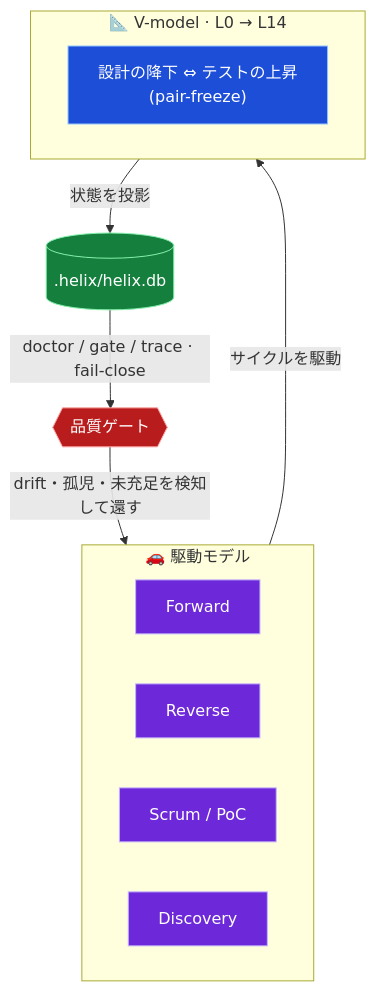
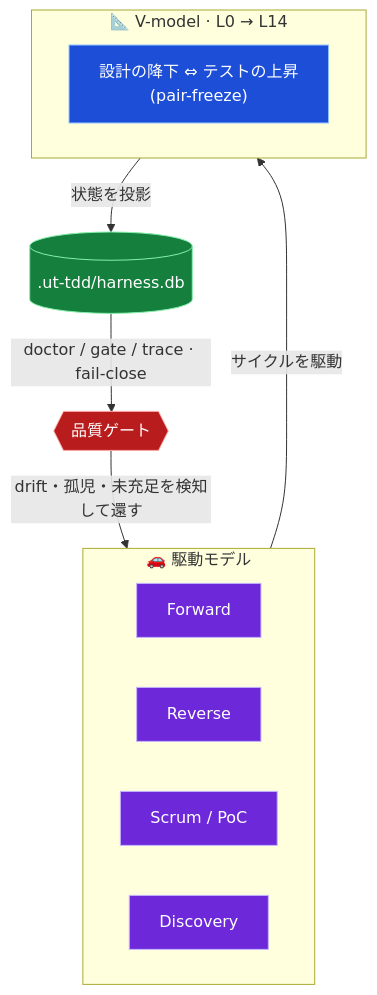
One commit to RetryYN/HELIX-HARNESS changed the second of 4 diagrams in README.md. Above: the diagram before and after it, drawn with Mermaid. The commit also changed other lines of this file, not shown here.

````diff
--- a/README.md
+++ b/README.md
@@ -133,26 +133,26 @@
 ```mermaid
 flowchart TB
     subgraph DRIVE["🚗 駆動モデル"]
         direction LR
         F["Forward"]
         RV["Reverse"]
         SC["Scrum / PoC"]
         DS["Discovery"]
     end
     subgraph VM["📐 V-model · L0 → L14"]
         L["設計の降下 ⇔ テストの上昇<br/>(pair-freeze)"]
     end
     DRIVE -->|サイクルを駆動| VM
-    VM -->|状態を投影| DB[(".helix/helix.db")]
+    VM -->|状態を投影| DB[(".ut-tdd/harness.db")]
     DB -->|"doctor / gate / trace · fail-close"| Q{{"品質ゲート"}}
     Q -->|"drift・孤児・未充足を検知して還す"| DRIVE
 
     classDef drive fill:#6d28d9,stroke:#c4b5fd,color:#fff;
     classDef vmodel fill:#1d4ed8,stroke:#93c5fd,color:#fff;
     classDef db fill:#15803d,stroke:#86efac,color:#fff;
     classDef gate fill:#b91c1c,stroke:#fca5a5,color:#fff;
     class F,RV,SC,DS drive;
     class L vmodel;
     class DB db;
     class Q gate;
 ```
````
